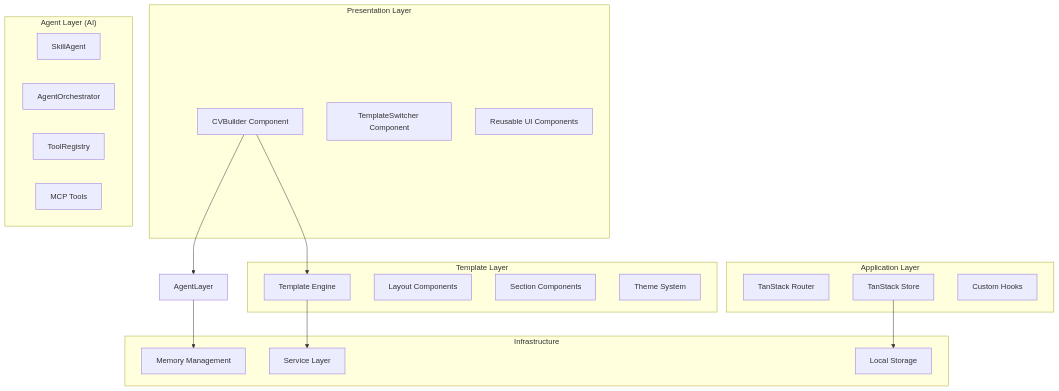
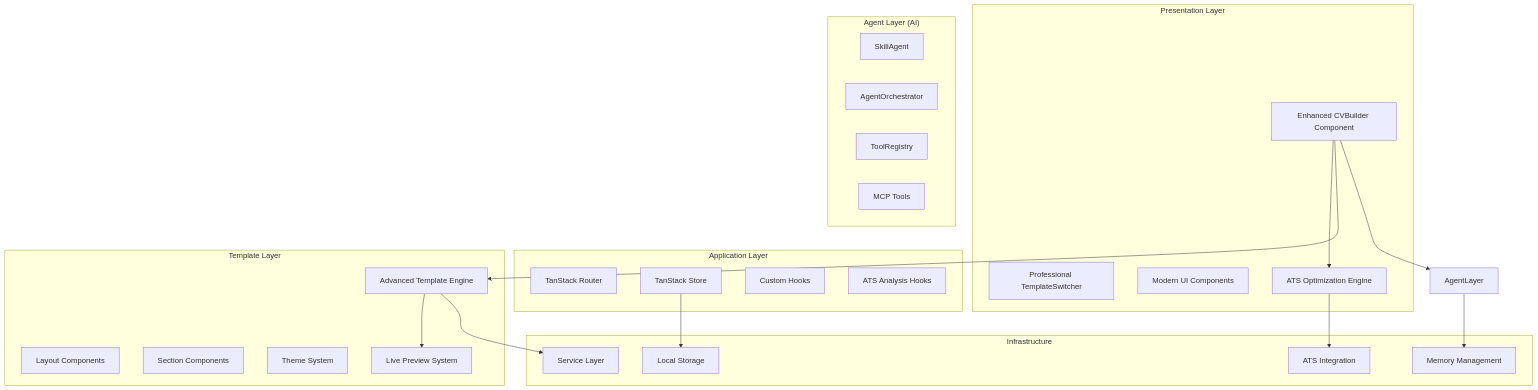
Before and after one commit to DoVuDung/cv-portfolio-builder: the fourth of 10 diagrams in .qoder/repowiki/en/content/User Interface Components/Standalone CV Builder.md, drawn with Mermaid. The commit also changed other lines of this file and 4 other files, not shown here.

First line of the commit message:
docs(ATS): add comprehensive ATS optimization guide

````diff
--- a/.qoder/repowiki/en/content/User Interface Components/Standalone CV Builder.md
+++ b/.qoder/repowiki/en/content/User Interface Components/Standalone CV Builder.md
@@ -181,35 +229,42 @@
 ```mermaid
 graph TB
 subgraph "Presentation Layer"
-CVBuilder[CVBuilder Component]
-TemplateSwitcher[TemplateSwitcher Component]
-UIComponents[Reusable UI Components]
+CVBuilder[Enhanced CVBuilder Component]
+TemplateSwitcher[Professional TemplateSwitcher]
+UIComponents[Modern UI Components]
+ATSEngine[ATS Optimization Engine]
 end
 subgraph "Application Layer"
 Router[TanStack Router]
 StateManagement[TanStack Store]
 Hooks[Custom Hooks]
+ATSHooks[ATS Analysis Hooks]
 end
 subgraph "Agent Layer (AI)"
 SkillAgent[SkillAgent]
 AgentOrchestrator[AgentOrchestrator]
 ToolRegistry[ToolRegistry]
 Tools[MCP Tools]
 end
 subgraph "Template Layer"
-TemplateEngine[Template Engine]
+TemplateEngine[Advanced Template Engine]
 Layouts[Layout Components]
 Sections[Section Components]
 Themes[Theme System]
+Preview[Live Preview System]
 end
 subgraph "Infrastructure"
 Memory[Memory Management]
 Services[Service Layer]
 Persistence[Local Storage]
+ATSIntegration[ATS Integration]
 end
 CVBuilder --> AgentLayer
 CVBuilder --> TemplateEngine
+CVBuilder --> ATSEngine
 AgentLayer --> Memory
 TemplateEngine --> Services
+TemplateEngine --> Preview
 StateManagement --> Persistence
+ATSEngine --> ATSIntegration
 ```
````
